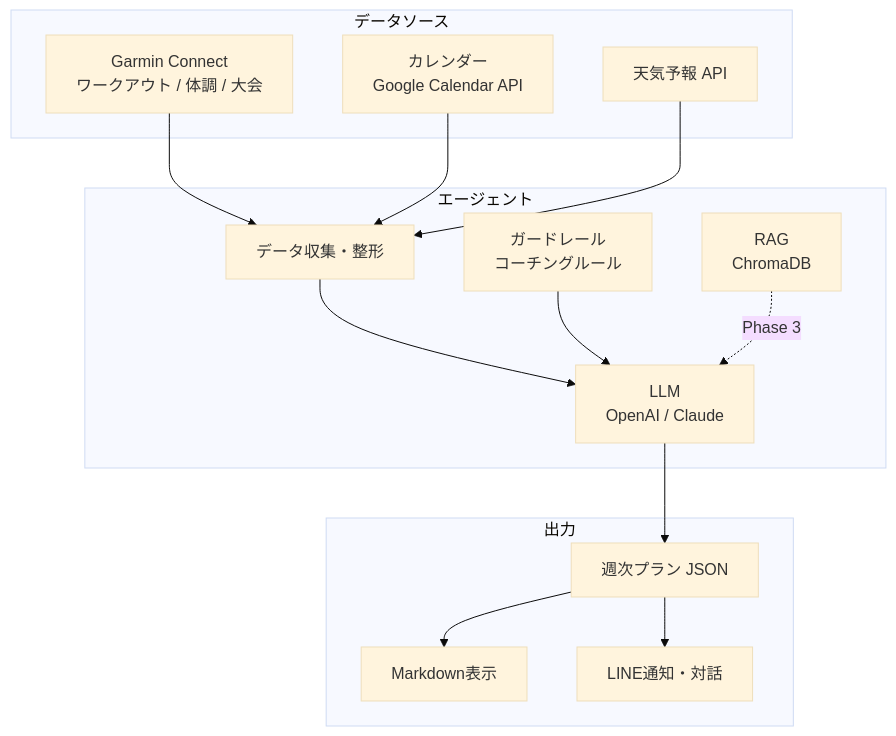
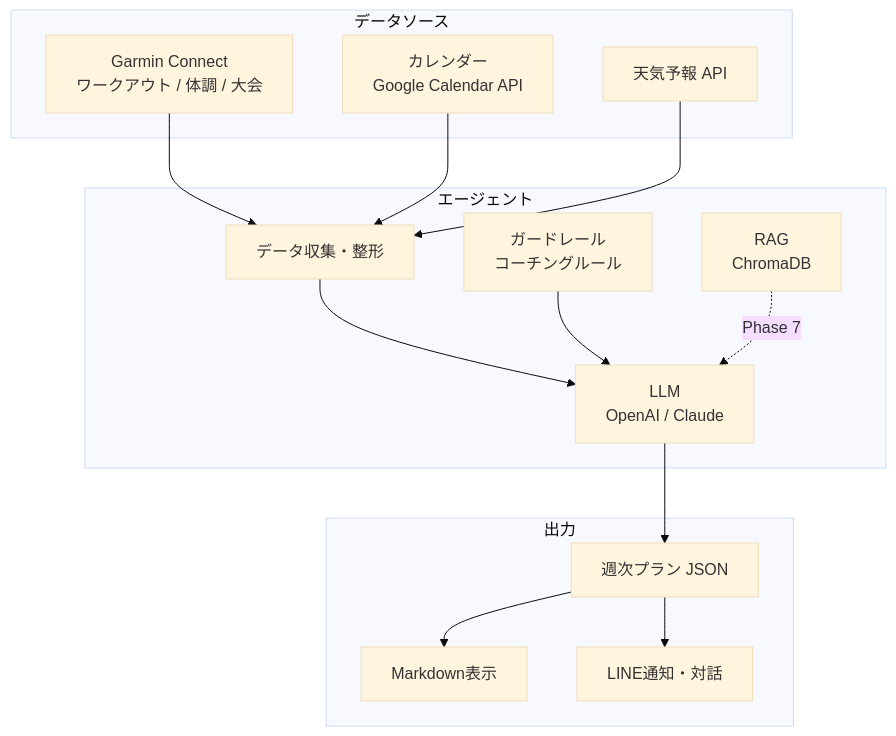
The first of 5 diagrams in DESIGN.md (fuzztarou/run-coach), drawn with Mermaid (base theme) before and after one commit. The commit also changed other lines of this file and 6 other files, not shown here.

````diff
--- a/DESIGN.md
+++ b/DESIGN.md
@@ -24,31 +24,31 @@
 ```mermaid
 flowchart TB
     subgraph データソース
         G[Garmin Connect<br>ワークアウト / 体調 / 大会]
         C[カレンダー<br>Google Calendar API]
         W[天気予報 API]
     end
 
     subgraph エージェント
         F[データ収集・整形]
         GL[ガードレール<br>コーチングルール]
         LLM[LLM<br>OpenAI / Claude]
         RAG[RAG<br>ChromaDB]
     end
 
     subgraph 出力
         JSON[週次プラン JSON]
         MD[Markdown表示]
         LINE[LINE通知・対話]
     end
 
     G --> F
     C --> F
     W --> F
     F --> LLM
     GL --> LLM
-    RAG -.->|Phase 3| LLM
+    RAG -.->|Phase 7| LLM
     LLM --> JSON
     JSON --> MD
     JSON --> LINE
 ```
````
